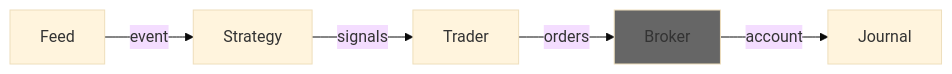
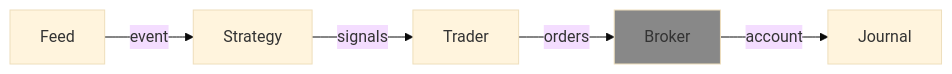
The diagram in docs/core/broker.md (neurallayer/roboquant.py), drawn with Mermaid (base theme) before and after one commit. The commit also changed 21 other files, not shown here.

````diff
--- a/docs/core/broker.md
+++ b/docs/core/broker.md
@@ -13,13 +13,13 @@
 ```mermaid
 flowchart LR
  
     Feed["Feed"]
     Strategy["Strategy"]
     Trader["Trader"]
     Broker["Broker"]
     Journal["Journal"]
     
     Feed -- event --> Strategy -- signals --> Trader -- orders --> Broker -- account --> Journal 
 
-    style Broker fill:#666
+    style Broker fill:#888
 ```
````
